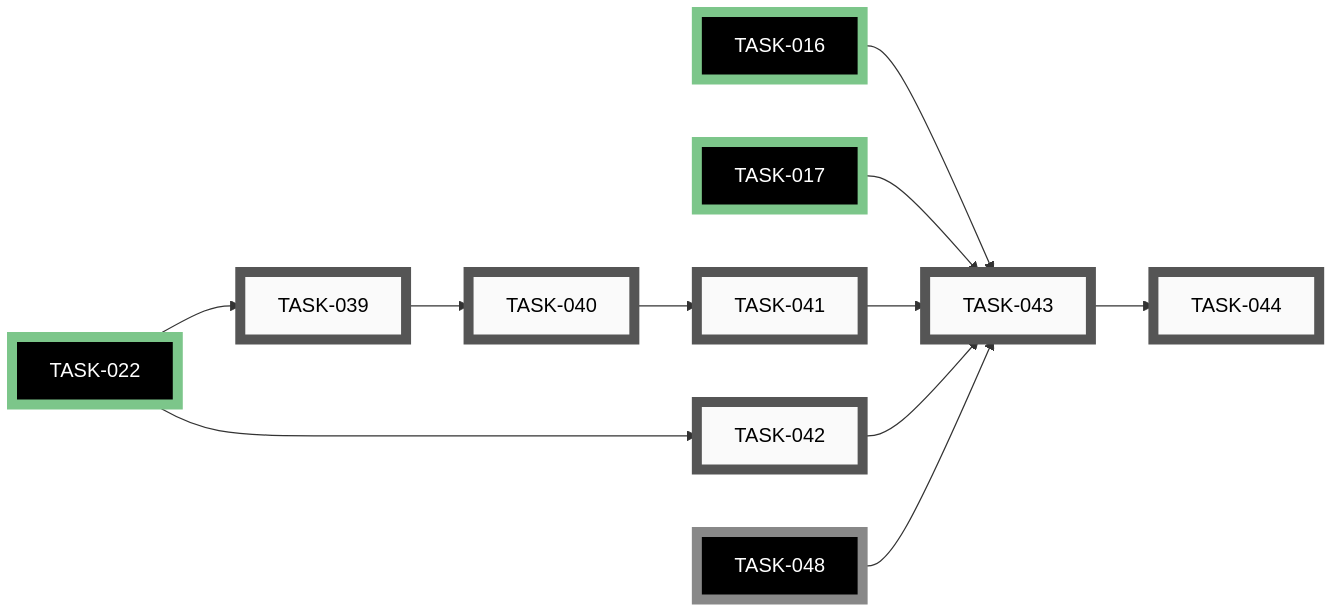
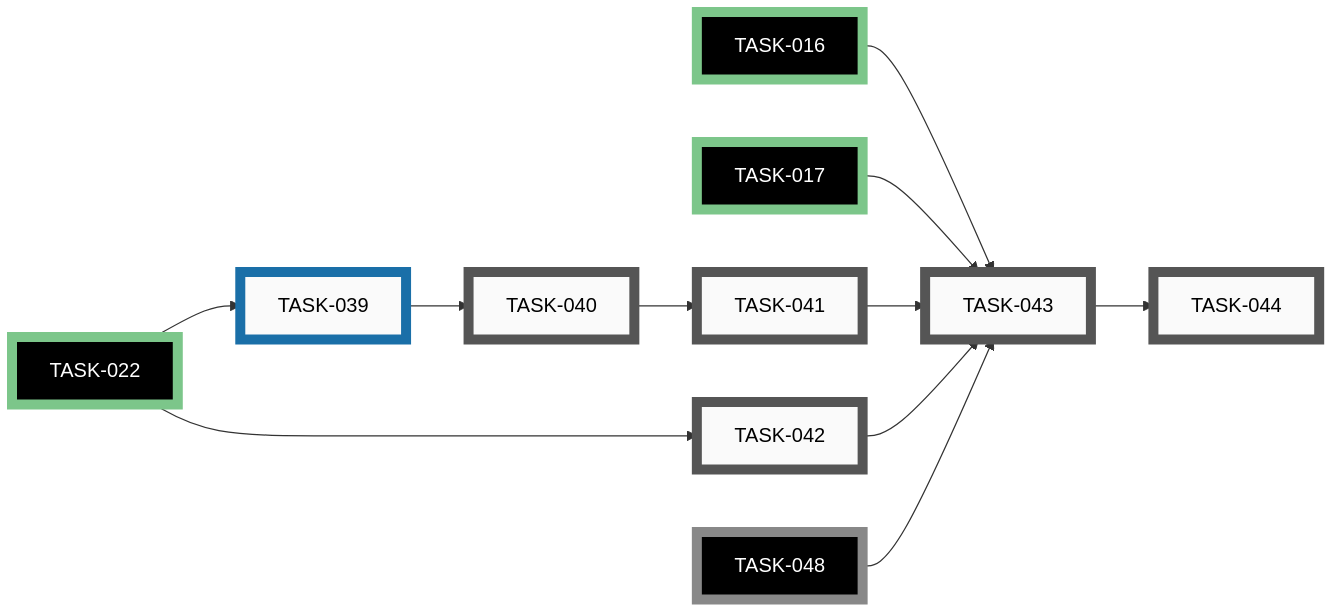
The sixth of 9 diagrams in docs/developers/tasks/EPICS.md (tgd1975/PartsLedger), drawn with Mermaid before and after one commit. The commit also changed other lines of this file and 9 other files, not shown here.

First line of the commit message:
recognition: add DINOv2 embedding primitive (TASK-039)

````diff
--- a/docs/developers/tasks/EPICS.md
+++ b/docs/developers/tasks/EPICS.md
@@ -302,41 +302,41 @@
 ```mermaid
 graph LR
-    TASK_039["TASK-039"]:::open
     TASK_040["TASK-040"]:::open
     TASK_041["TASK-041"]:::open
     TASK_042["TASK-042"]:::open
     TASK_043["TASK-043"]:::open
     TASK_044["TASK-044"]:::open
+    TASK_039["TASK-039"]:::active
     TASK_016["TASK-016"]:::closedExt
     TASK_017["TASK-017"]:::closedExt
     TASK_022["TASK-022"]:::closedExt
     TASK_048["TASK-048"]:::openExt
-    TASK_022 --> TASK_039
     TASK_039 --> TASK_040
     TASK_040 --> TASK_041
     TASK_022 --> TASK_042
     TASK_016 --> TASK_043
     TASK_017 --> TASK_043
     TASK_041 --> TASK_043
     TASK_042 --> TASK_043
     TASK_048 --> TASK_043
     TASK_043 --> TASK_044
-    click TASK_039 "open/task-039-recognition-embed-module.md"
+    TASK_022 --> TASK_039
     click TASK_040 "open/task-040-recognition-cache-module.md"
     click TASK_041 "open/task-041-cache-only-banded-recognition.md"
     click TASK_042 "open/task-042-vlm-adapter.md"
     click TASK_043 "open/task-043-recognition-pipeline-glue.md"
     click TASK_044 "open/task-044-undo-journal.md"
+    click TASK_039 "active/task-039-recognition-embed-module.md"
     click TASK_016 "closed/task-016-inventory-writer-module.md"
     click TASK_017 "closed/task-017-inventory-lint-module.md"
     click TASK_022 "closed/task-022-adopt-src-layout.md"
     click TASK_048 "open/task-048-enrichment-orchestrator.md"
     classDef open    fill:#FAFAFA,stroke:#555,stroke-width:8px,color:#000
     classDef active  fill:#FAFAFA,stroke:#1A6FA8,stroke-width:8px,color:#000
     classDef closed  fill:#FAFAFA,stroke:#3F8B53,stroke-width:8px,color:#000
     classDef paused  fill:#FAFAFA,stroke:#B07810,stroke-width:8px,color:#000
     classDef openExt    fill:#000,stroke:#888,stroke-width:8px,color:#FFF
     classDef activeExt  fill:#000,stroke:#3FA9F5,stroke-width:8px,color:#FFF
     classDef closedExt  fill:#000,stroke:#7CC68A,stroke-width:8px,color:#FFF
     classDef pausedExt  fill:#000,stroke:#F0B030,stroke-width:8px,color:#FFF
 ```
````
